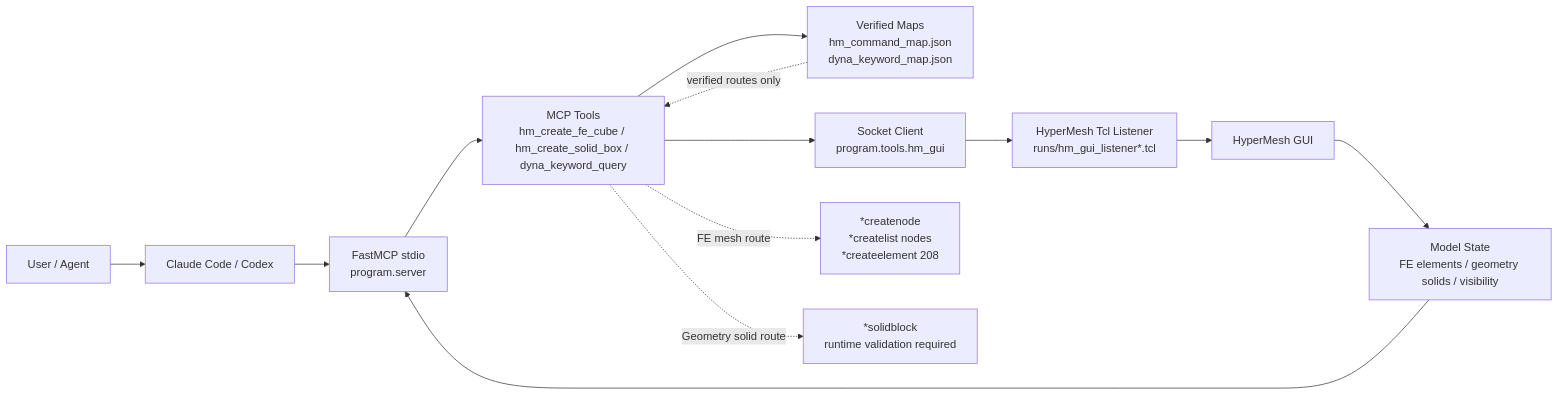
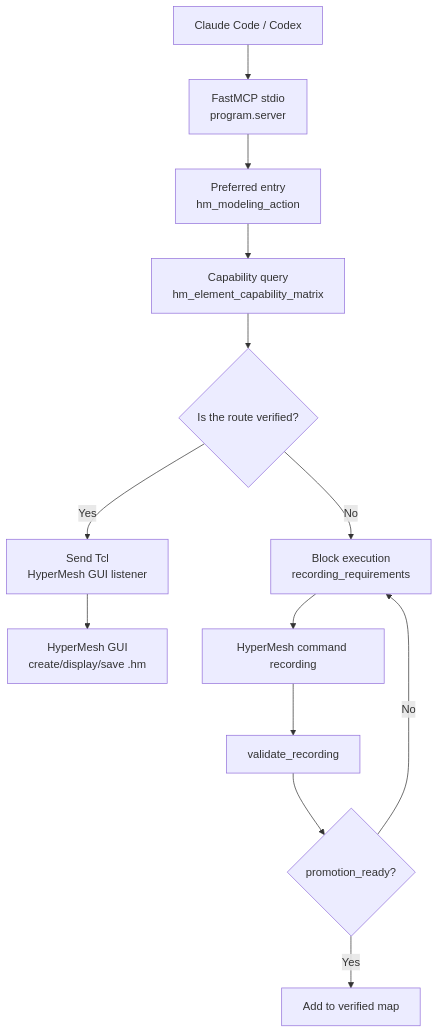
One commit to yesooner/hyper-dyna-mcp changed the diagram in README.en.md. Above: the diagram before and after it, drawn with Mermaid. The commit also changed other lines of this file and 64 other files, not shown here.

````diff
--- a/README.en.md
+++ b/README.en.md
@@ -82,16 +24,15 @@
 ```mermaid
-flowchart LR
-    U["User / Agent"] --> C["Claude Code / Codex"]
-    C --> M["FastMCP stdio<br/>program.server"]
-    M --> T["MCP Tools<br/>hm_create_fe_cube / hm_create_solid_box / dyna_keyword_query"]
-    T --> V["Verified Maps<br/>hm_command_map.json<br/>dyna_keyword_map.json"]
-    T --> S["Socket Client<br/>program.tools.hm_gui"]
-    S --> L["HyperMesh Tcl Listener<br/>runs/hm_gui_listener*.tcl"]
-    L --> H["HyperMesh GUI"]
-    H --> R["Model State<br/>FE elements / geometry solids / visibility"]
-    R --> M
-
-    V -. "verified routes only" .-> T
-    T -. "FE mesh route" .-> FE["*createnode<br/>*createlist nodes<br/>*createelement 208"]
-    T -. "Geometry solid route" .-> SO["*solidblock<br/>runtime validation required"]
+flowchart TD
+    A["Claude Code / Codex"] --> B["FastMCP stdio<br/>program.server"]
+    B --> C["Preferred entry<br/>hm_modeling_action"]
+    C --> D["Capability query<br/>hm_element_capability_matrix"]
+    D --> E{"Is the route verified?"}
+    E -- "Yes" --> F["Send Tcl<br/>HyperMesh GUI listener"]
+    F --> G["HyperMesh GUI<br/>create/display/save .hm"]
+    E -- "No" --> H["Block execution<br/>recording_requirements"]
+    H --> I["HyperMesh command recording"]
+    I --> J["validate_recording"]
+    J --> K{"promotion_ready?"}
+    K -- "Yes" --> L["Add to verified map"]
+    K -- "No" --> H
 ```
````
